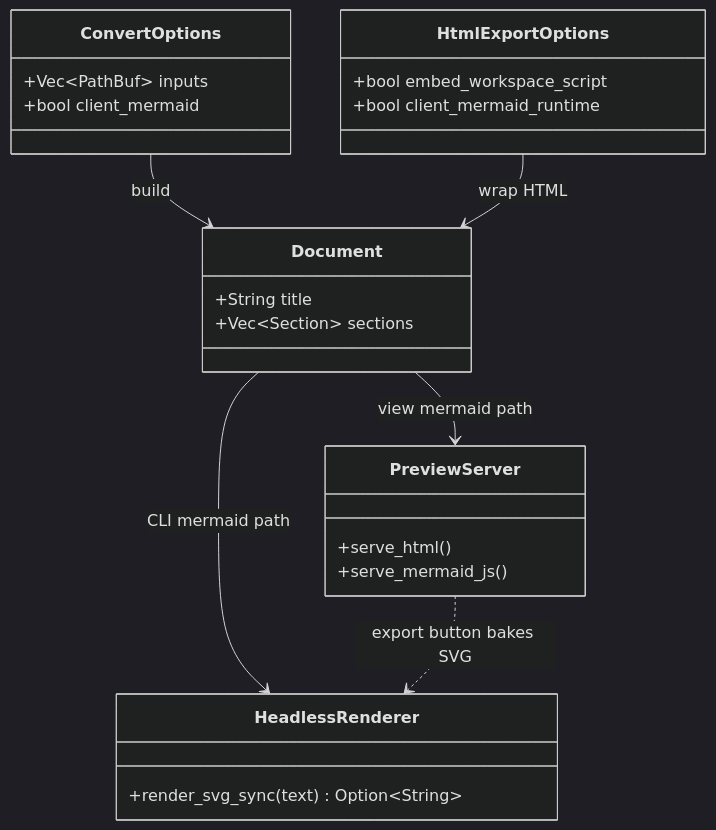
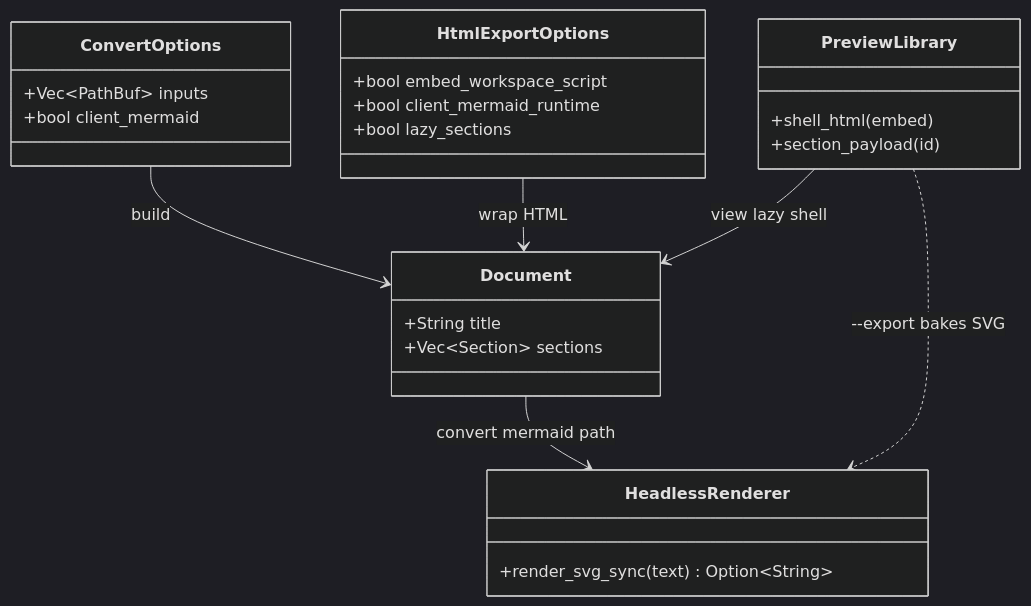
One commit to ikey4u/pagemd changed the fourth of 8 diagrams in examples/BASIC.md. Above: the diagram before and after it, drawn with Mermaid (dark theme). The commit also changed other lines of this file and 13 other files, not shown here.

First line of the commit message:
feat: add collapsible Markdown and scope diagram-html Tailwind

````diff
--- a/examples/BASIC.md
+++ b/examples/BASIC.md
@@ -208,29 +209,30 @@
 ```mermaid
 classDiagram
   direction TB
   class ConvertOptions {
     +Vec~PathBuf~ inputs
     +bool client_mermaid
   }
   class HtmlExportOptions {
     +bool embed_workspace_script
     +bool client_mermaid_runtime
+    +bool lazy_sections
+  }
+  class PreviewLibrary {
+    +shell_html(embed)
+    +section_payload(id)
   }
   class Document {
     +String title
     +Vec~Section~ sections
   }
   class HeadlessRenderer {
     +render_svg_sync(text) Option~String~
   }
-  class PreviewServer {
-    +serve_html()
-    +serve_mermaid_js()
-  }
 
   ConvertOptions --> Document : build
   HtmlExportOptions --> Document : wrap HTML
-  Document --> HeadlessRenderer : CLI mermaid path
-  Document --> PreviewServer : view mermaid path
-  PreviewServer ..> HeadlessRenderer : export button bakes SVG
+  Document --> HeadlessRenderer : convert mermaid path
+  PreviewLibrary --> Document : view lazy shell
+  PreviewLibrary ..> HeadlessRenderer : --export bakes SVG
 ```
````
